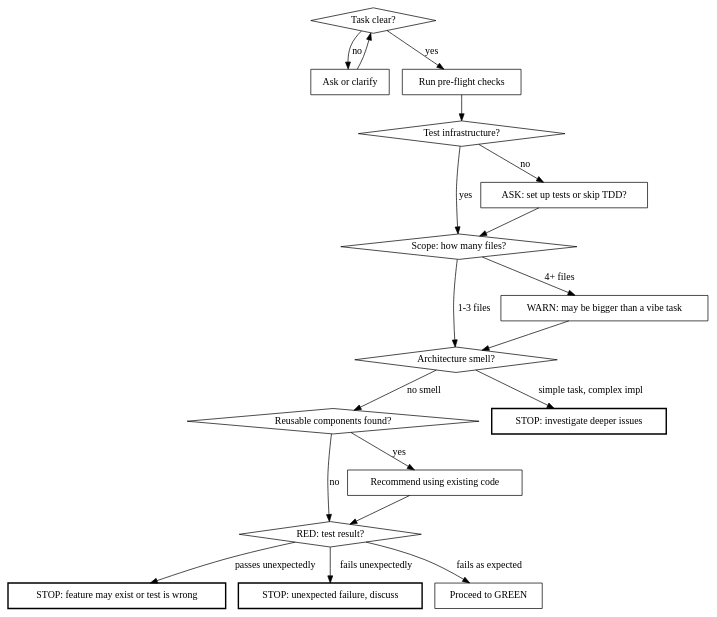
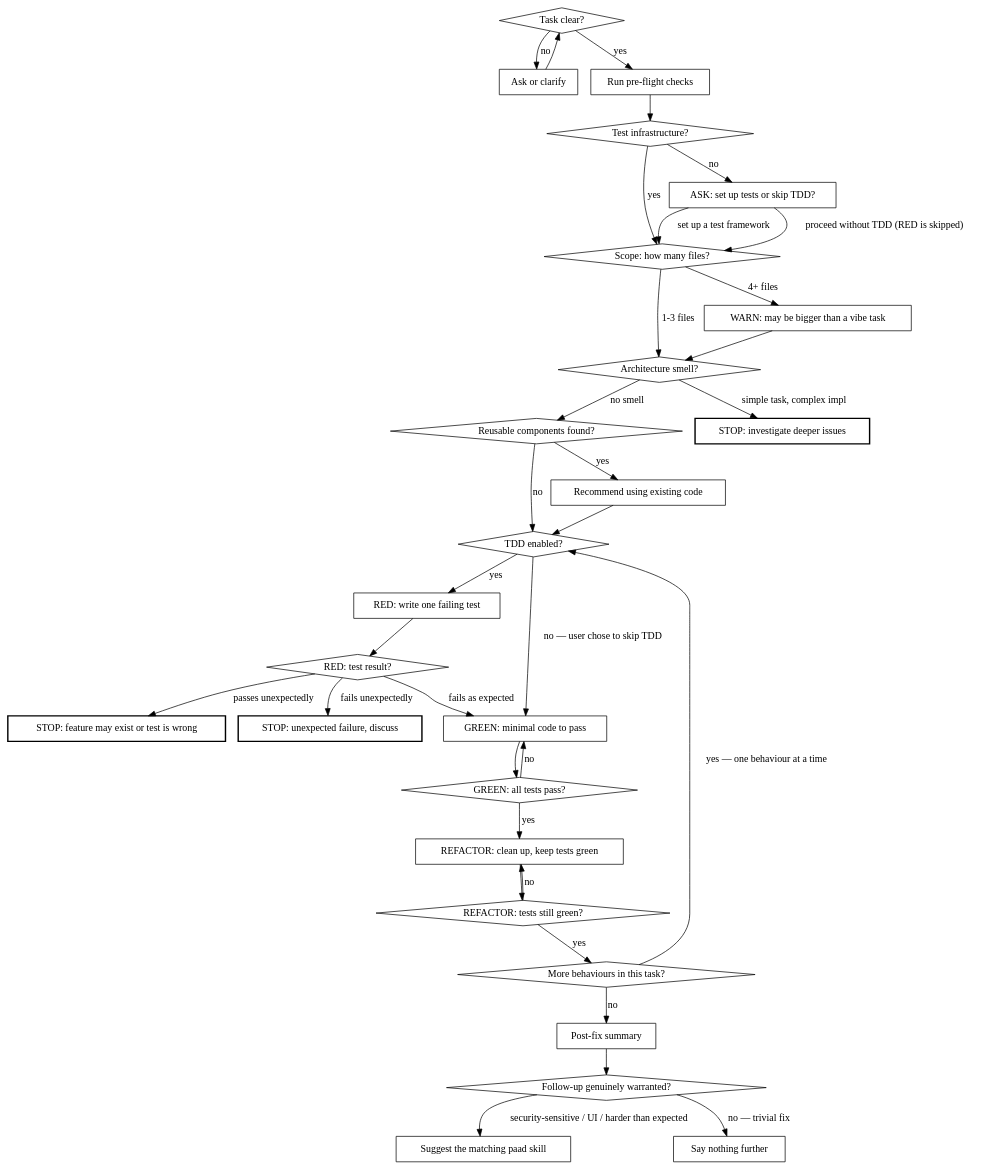
Before and after one commit to Ovid/paad: the diagram in plugins/paad/skills/vibe/SKILL.md, drawn with Graphviz.

Commit message:
vibe: honour the skip-TDD path, draw GREEN/REFACTOR/repeat
The digraph funnelled the 'proceed without TDD' answer straight into RED,
contradicting the prose, and stopped at 'Proceed to GREEN' — GREEN,
REFACTOR, the repeat-per-behaviour cycle and the conditional follow-up
suggestions were absent.

````diff
--- a/plugins/paad/skills/vibe/SKILL.md
+++ b/plugins/paad/skills/vibe/SKILL.md
@@ -12,44 +12,71 @@
 ```dot
 digraph vibe {
   "Task clear?" [shape=diamond];
   "Test infrastructure?" [shape=diamond];
   "Scope: how many files?" [shape=diamond];
   "Architecture smell?" [shape=diamond];
   "Reusable components found?" [shape=diamond];
+  "TDD enabled?" [shape=diamond];
   "RED: test result?" [shape=diamond];
+  "GREEN: all tests pass?" [shape=diamond];
+  "REFACTOR: tests still green?" [shape=diamond];
+  "More behaviours in this task?" [shape=diamond];
+  "Follow-up genuinely warranted?" [shape=diamond];
 
   "Ask or clarify" [shape=box];
   "ASK: set up tests or skip TDD?" [shape=box];
   "WARN: may be bigger than a vibe task" [shape=box];
   "STOP: investigate deeper issues" [shape=box, style=bold];
   "Recommend using existing code" [shape=box];
   "STOP: feature may exist or test is wrong" [shape=box, style=bold];
   "STOP: unexpected failure, discuss" [shape=box, style=bold];
-  "Proceed to GREEN" [shape=box];
+  "RED: write one failing test" [shape=box];
+  "GREEN: minimal code to pass" [shape=box];
+  "REFACTOR: clean up, keep tests green" [shape=box];
+  "Post-fix summary" [shape=box];
+  "Suggest the matching paad skill" [shape=box];
+  "Say nothing further" [shape=box];
   "Run pre-flight checks" [shape=box];
 
   "Task clear?" -> "Run pre-flight checks" [label="yes"];
   "Task clear?" -> "Ask or clarify" [label="no"];
   "Ask or clarify" -> "Task clear?";
 
   "Run pre-flight checks" -> "Test infrastructure?";
   "Test infrastructure?" -> "Scope: how many files?" [label="yes"];
   "Test infrastructure?" -> "ASK: set up tests or skip TDD?" [label="no"];
-  "ASK: set up tests or skip TDD?" -> "Scope: how many files?";
+  "ASK: set up tests or skip TDD?" -> "Scope: how many files?" [label="set up a test framework"];
+  "ASK: set up tests or skip TDD?" -> "Scope: how many files?" [label="proceed without TDD (RED is skipped)"];
 
   "Scope: how many files?" -> "Architecture smell?" [label="1-3 files"];
   "Scope: how many files?" -> "WARN: may be bigger than a vibe task" [label="4+ files"];
   "WARN: may be bigger than a vibe task" -> "Architecture smell?";
 
   "Architecture smell?" -> "STOP: investigate deeper issues" [label="simple task, complex impl"];
   "Architecture smell?" -> "Reusable components found?" [label="no smell"];
 
   "Reusable components found?" -> "Recommend using existing code" [label="yes"];
-  "Reusable components found?" -> "RED: test result?" [label="no"];
-  "Recommend using existing code" -> "RED: test result?";
+  "Reusable components found?" -> "TDD enabled?" [label="no"];
+  "Recommend using existing code" -> "TDD enabled?";
 
+  "TDD enabled?" -> "RED: write one failing test" [label="yes"];
+  "TDD enabled?" -> "GREEN: minimal code to pass" [label="no — user chose to skip TDD"];
+  "RED: write one failing test" -> "RED: test result?";
   "RED: test result?" -> "STOP: feature may exist or test is wrong" [label="passes unexpectedly"];
   "RED: test result?" -> "STOP: unexpected failure, discuss" [label="fails unexpectedly"];
-  "RED: test result?" -> "Proceed to GREEN" [label="fails as expected"];
+  "RED: test result?" -> "GREEN: minimal code to pass" [label="fails as expected"];
+
+  "GREEN: minimal code to pass" -> "GREEN: all tests pass?";
+  "GREEN: all tests pass?" -> "GREEN: minimal code to pass" [label="no"];
+  "GREEN: all tests pass?" -> "REFACTOR: clean up, keep tests green" [label="yes"];
+  "REFACTOR: clean up, keep tests green" -> "REFACTOR: tests still green?";
+  "REFACTOR: tests still green?" -> "REFACTOR: clean up, keep tests green" [label="no"];
+  "REFACTOR: tests still green?" -> "More behaviours in this task?" [label="yes"];
+  "More behaviours in this task?" -> "TDD enabled?" [label="yes — one behaviour at a time"];
+  "More behaviours in this task?" -> "Post-fix summary" [label="no"];
+
+  "Post-fix summary" -> "Follow-up genuinely warranted?";
+  "Follow-up genuinely warranted?" -> "Suggest the matching paad skill" [label="security-sensitive / UI / harder than expected"];
+  "Follow-up genuinely warranted?" -> "Say nothing further" [label="no — trivial fix"];
 }
 ```
````
